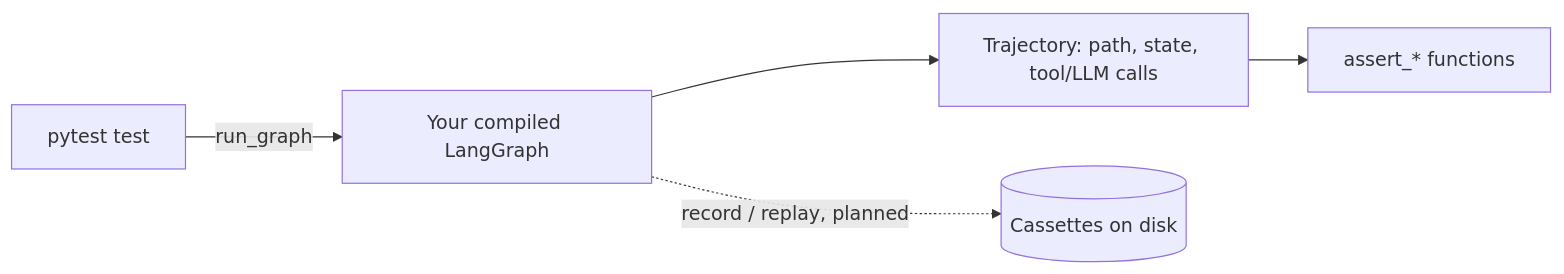
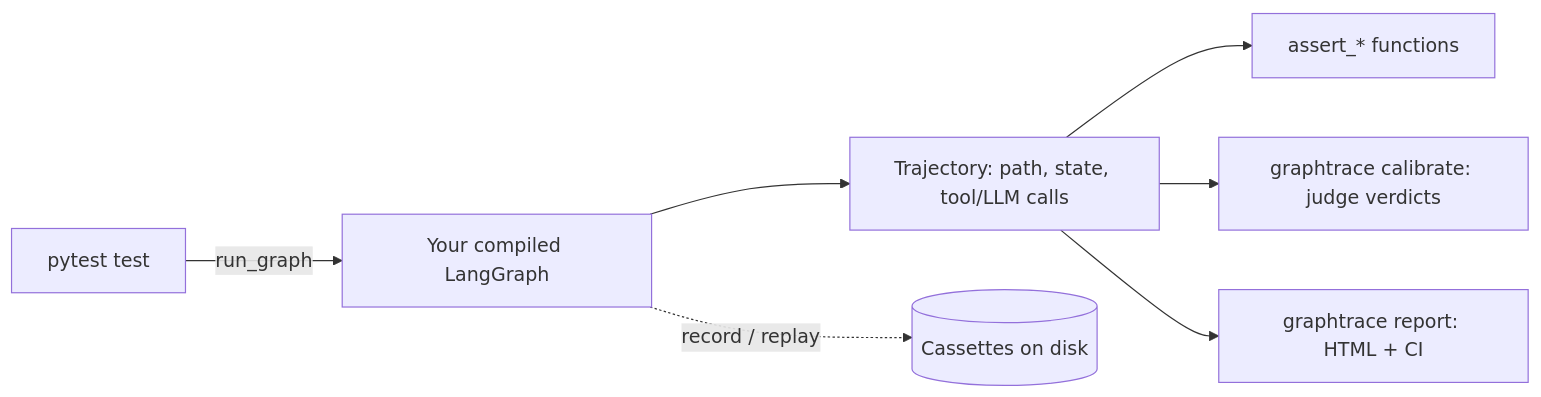
The diagram in docs/index.md (devbyanoop/graphtrace), drawn with Mermaid before and after one commit. The commit also changed other lines of this file and 25 other files, not shown here.

````diff
--- a/docs/index.md
+++ b/docs/index.md
@@ -22,7 +22,9 @@
 ```mermaid
 flowchart LR
     A[pytest test] -->|run_graph| B[Your compiled LangGraph]
     B --> C[Trajectory: path, state, tool/LLM calls]
     C --> D[assert_* functions]
-    B -.->|record / replay, planned| E[(Cassettes on disk)]
+    B -.->|record / replay| E[(Cassettes on disk)]
+    C --> F[graphtrace calibrate: judge verdicts]
+    C --> G[graphtrace report: HTML + CI]
 ```
````
